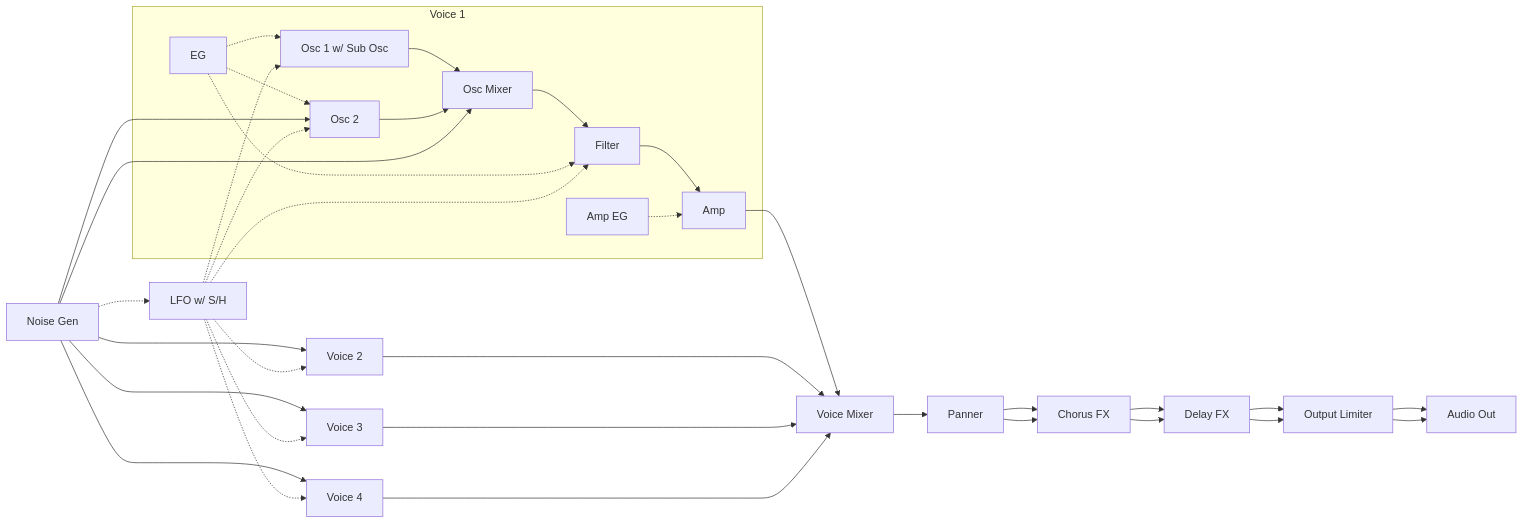
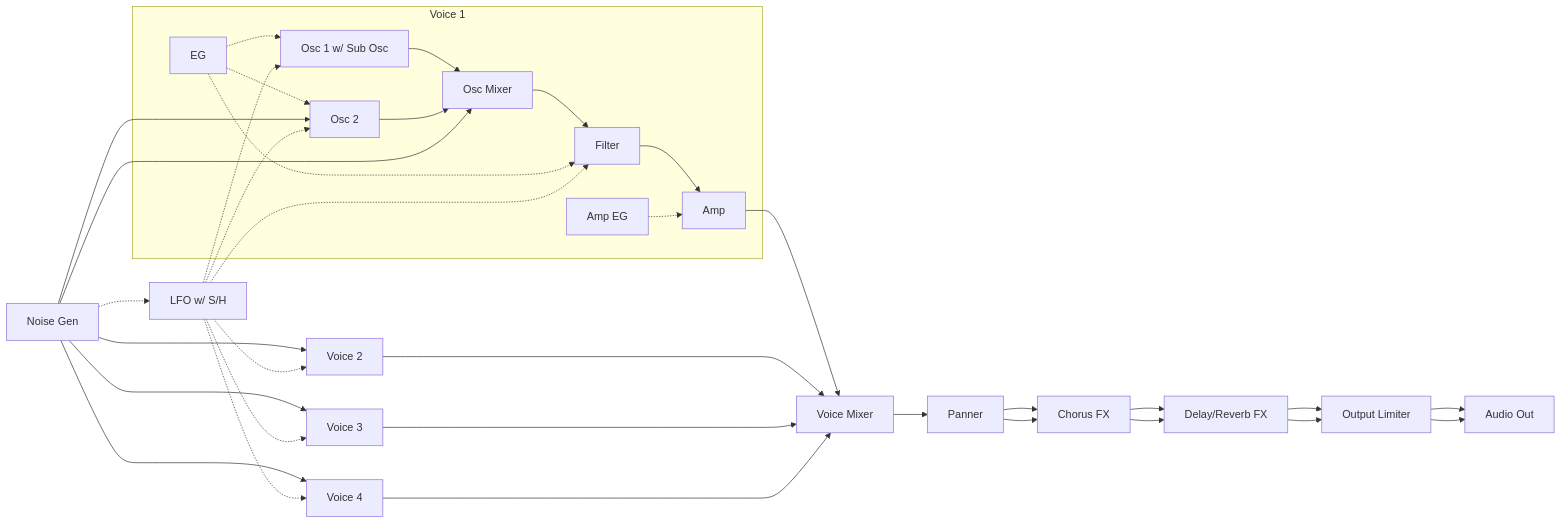
The first of 3 diagrams in README.md (risgk/digital-synth-pra32-u2), drawn with Mermaid before and after one commit. The commit also changed other lines of this file and 5 other files, not shown here.

Commit message:
Add the Reverb to the Delay Mode, and bend the pitch smoothly while the Delay Time is changing

````diff
--- a/README.md
+++ b/README.md
@@ -37,18 +37,18 @@
 ```mermaid
 graph LR
     subgraph V1[Voice 1]
         V1O1[Osc 1 w/ Sub Osc] --> V1OM[Osc Mixer]
         V1O2[Osc 2] --> V1OM
         V1OM --> V1F[Filter]
         V1F --> V1A[Amp]
         E[EG] -.-> V1O1 & V1O2 & V1F
         V1AE[Amp EG] -.-> V1A
     end
     V1A --> VM[Voice Mixer]
     V2[Voice 2] & V3[Voice 3] & V4[Voice 4] --> VM
-    VM --> P[Panner] --> C[Chorus FX] --> D[Delay FX] --> OL[Output Limiter] --> AO[Audio Out]
+    VM --> P[Panner] --> C[Chorus FX] --> D[Delay/Reverb FX] --> OL[Output Limiter] --> AO[Audio Out]
     P --> C --> D --> OL --> AO
     N[Noise Gen]  --> V1O2 & V1OM & V2 & V3 & V4
     N -.-> L[LFO w/ S/H]
     L -.-> V1O1 & V1O2 & V1F & V2 & V3 & V4
 ```
````
